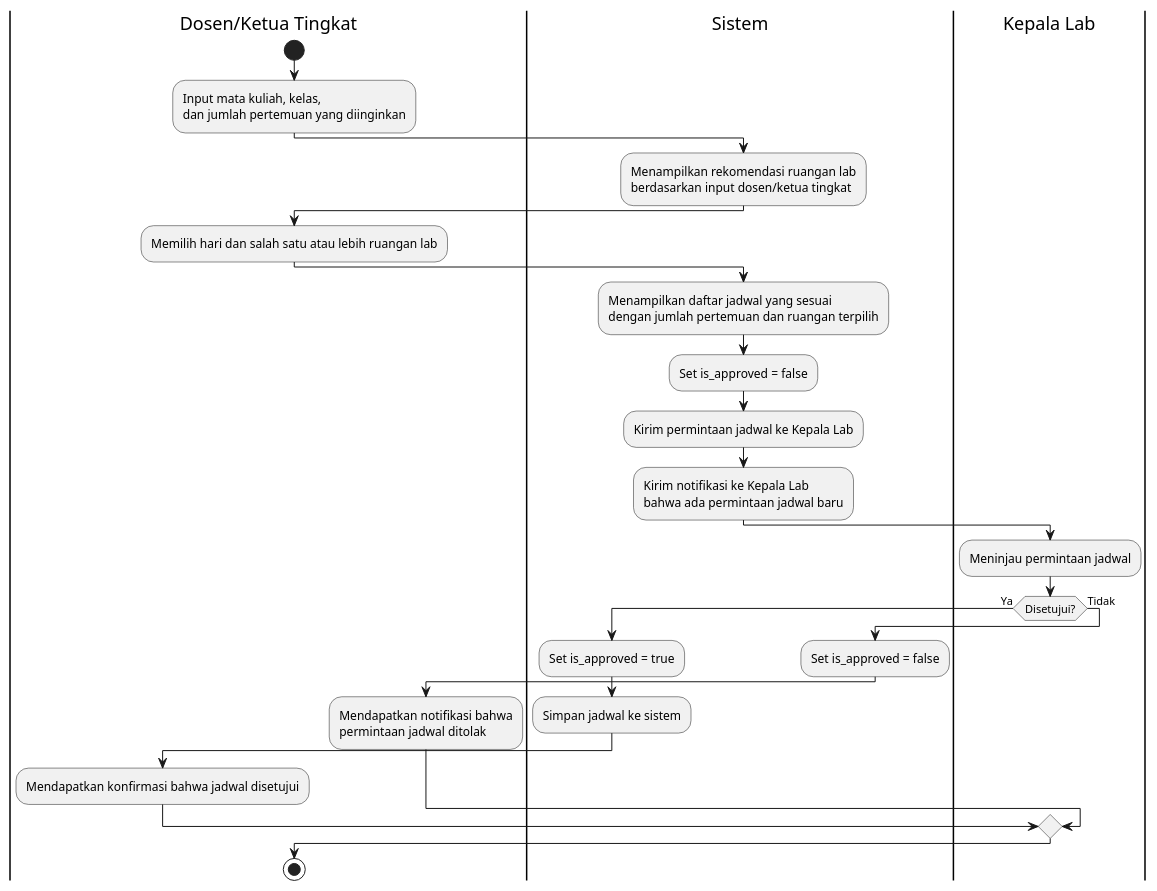
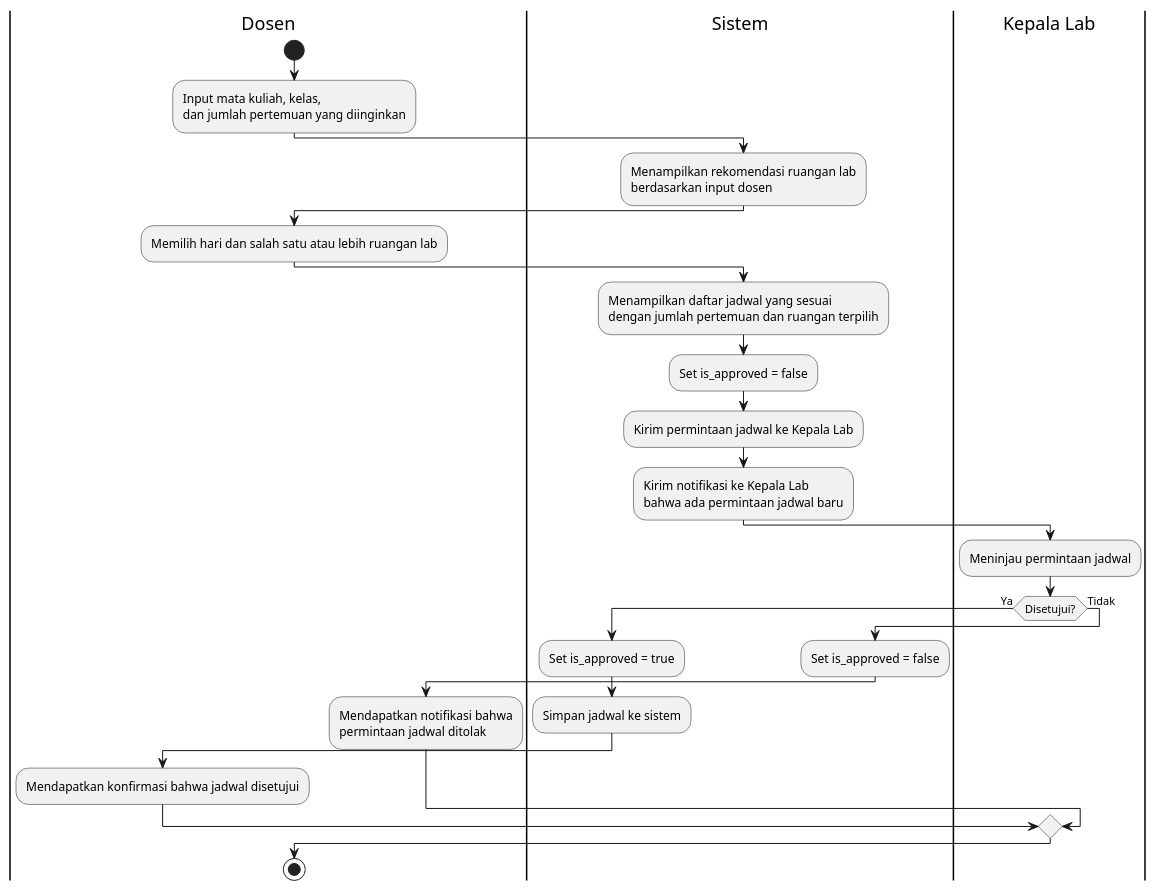
Before and after one commit to codebaradev/Simlab: the diagram in docs/activities/jadwal.plantuml, drawn with PlantUML. The commit also changed 12 other files, not shown here.

```diff
--- a/docs/activities/jadwal.plantuml
+++ b/docs/activities/jadwal.plantuml
@@ -1,37 +1,37 @@
 @startuml Jadwal
 
-|Dosen/Ketua Tingkat|
+|Dosen|
 start
 :Input mata kuliah, kelas,\ndan jumlah pertemuan yang diinginkan;
 
 |Sistem|
-:Menampilkan rekomendasi ruangan lab\nberdasarkan input dosen/ketua tingkat;
+:Menampilkan rekomendasi ruangan lab\nberdasarkan input dosen;
 
-|Dosen/Ketua Tingkat|
+|Dosen|
 :Memilih hari dan salah satu atau lebih ruangan lab;
 
 |Sistem|
 :Menampilkan daftar jadwal yang sesuai\ndengan jumlah pertemuan dan ruangan terpilih;
 :Set is_approved = false;
 :Kirim permintaan jadwal ke Kepala Lab;
 :Kirim notifikasi ke Kepala Lab\nbahwa ada permintaan jadwal baru;
 
 |Kepala Lab|
 :Meninjau permintaan jadwal;
 
 if (Disetujui?) then (Ya)
   |Sistem|
   :Set is_approved = true;
   :Simpan jadwal ke sistem;
-  |Dosen/Ketua Tingkat|
+  |Dosen|
   :Mendapatkan konfirmasi bahwa jadwal disetujui;
 else (Tidak)
   |Sistem|
   :Set is_approved = false;
-  |Dosen/Ketua Tingkat|
+  |Dosen|
   :Mendapatkan notifikasi bahwa\npermintaan jadwal ditolak;
 endif
 
 stop
 
 @enduml
```
